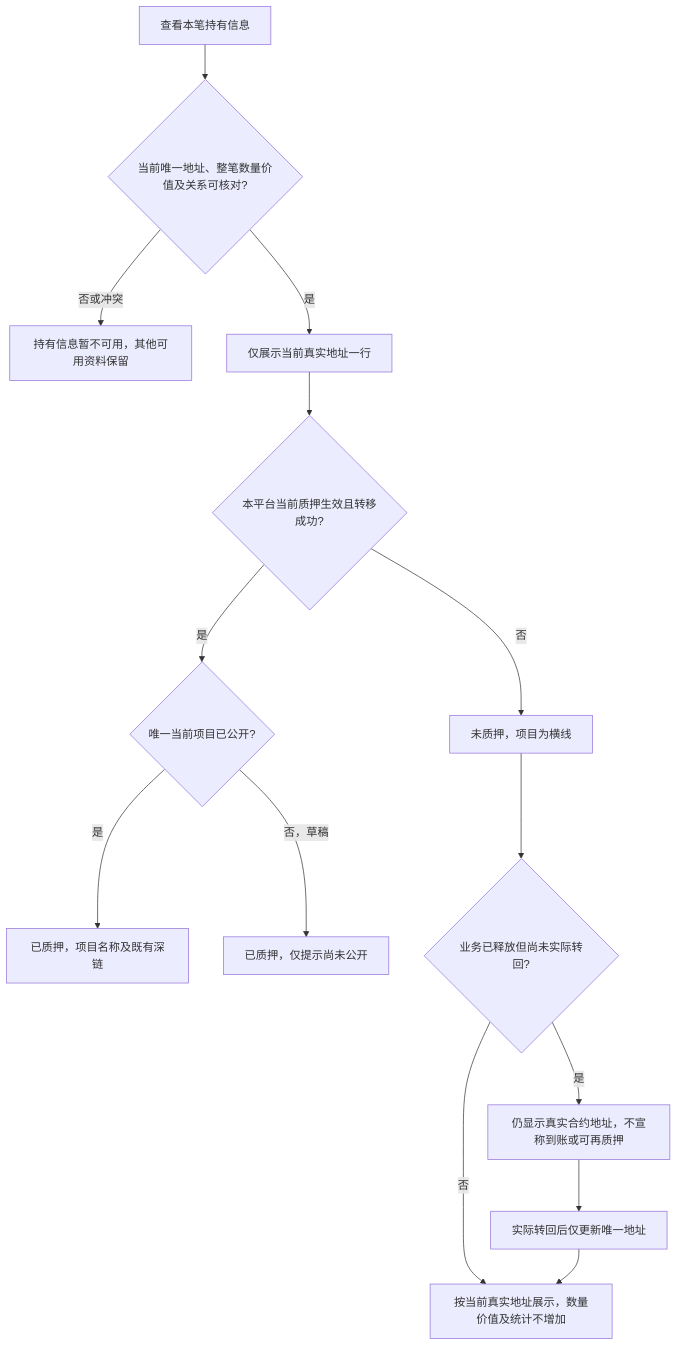
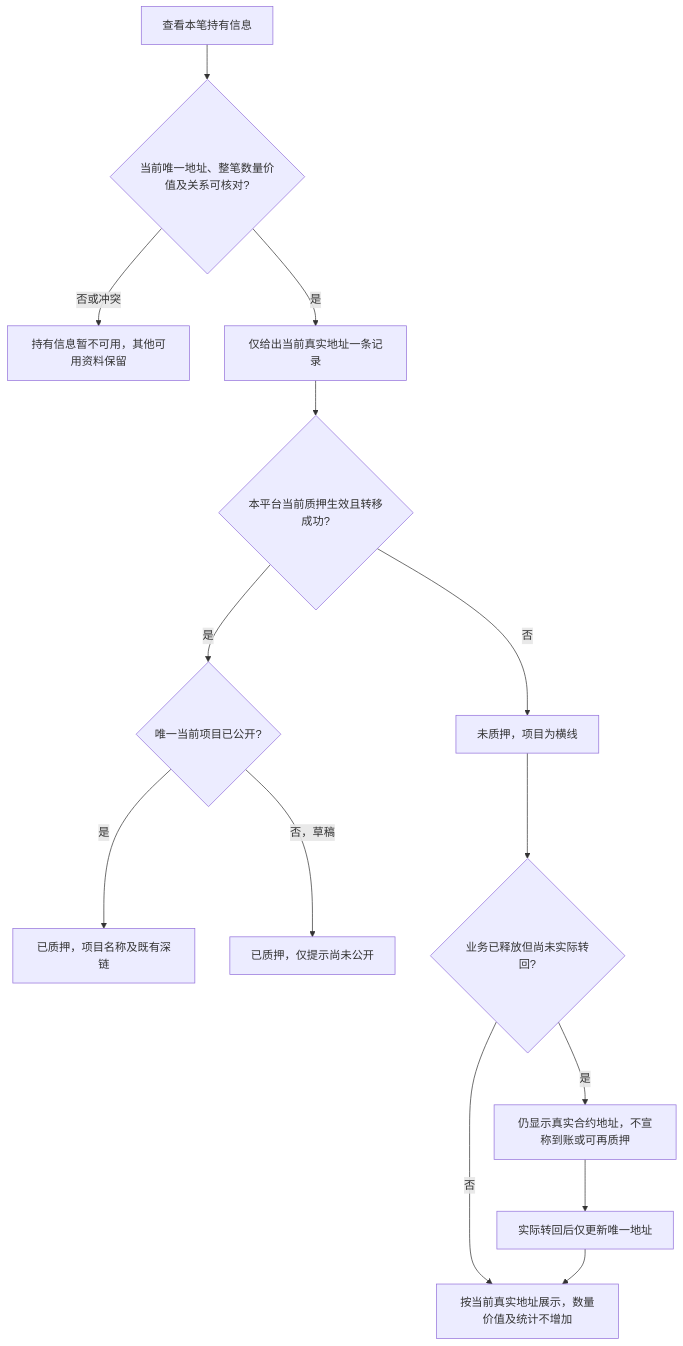
One commit to wxblockchain/Chain-Financing changed the third of 6 diagrams in lending-platform/PRD/v1.0-资产广场-已上架代币只读域/02-资产广场-流程图与状态机.md. Above: the diagram before and after it, drawn with Mermaid. The commit also changed other lines of this file and 2 other files, not shown here.

````diff
--- a/lending-platform/PRD/v1.0-资产广场-已上架代币只读域/02-资产广场-流程图与状态机.md
+++ b/lending-platform/PRD/v1.0-资产广场-已上架代币只读域/02-资产广场-流程图与状态机.md
@@ -54,16 +56,16 @@
 ```mermaid
 flowchart TD
   A[查看本笔持有信息] --> B{当前唯一地址、整笔数量价值及关系可核对?}
   B -->|否或冲突| C[持有信息暂不可用，其他可用资料保留]
-  B -->|是| D[仅展示当前真实地址一行]
+  B -->|是| D[仅给出当前真实地址一条记录]
   D --> E{本平台当前质押生效且转移成功?}
   E -->|是| F{唯一当前项目已公开?}
   F -->|是| G[已质押，项目名称及既有深链]
   F -->|否，草稿| H[已质押，仅提示尚未公开]
   E -->|否| I[未质押，项目为横线]
   I --> J{业务已释放但尚未实际转回?}
   J -->|是| K[仍显示真实合约地址，不宣称到账或可再质押]
   K --> M[实际转回后仅更新唯一地址]
   J -->|否| L[按当前真实地址展示，数量价值及统计不增加]
   M --> L
 ```
````
